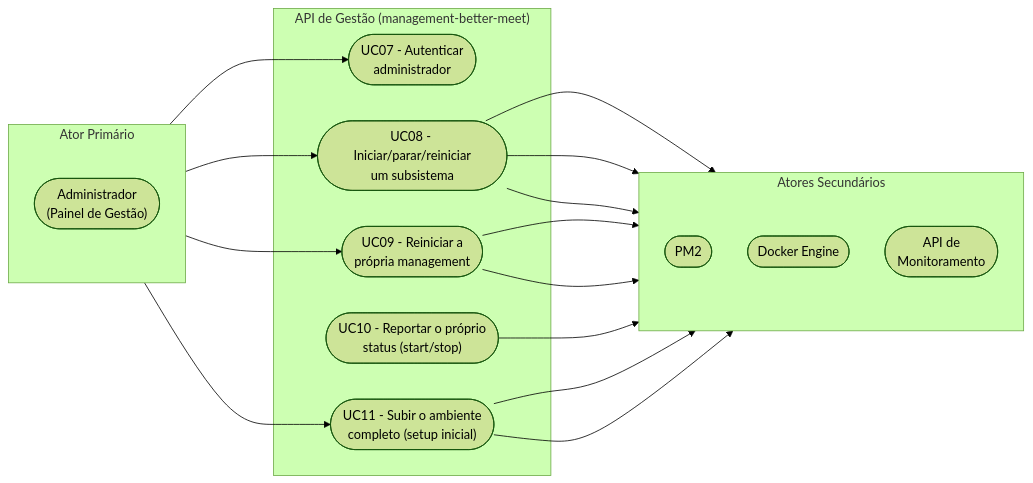
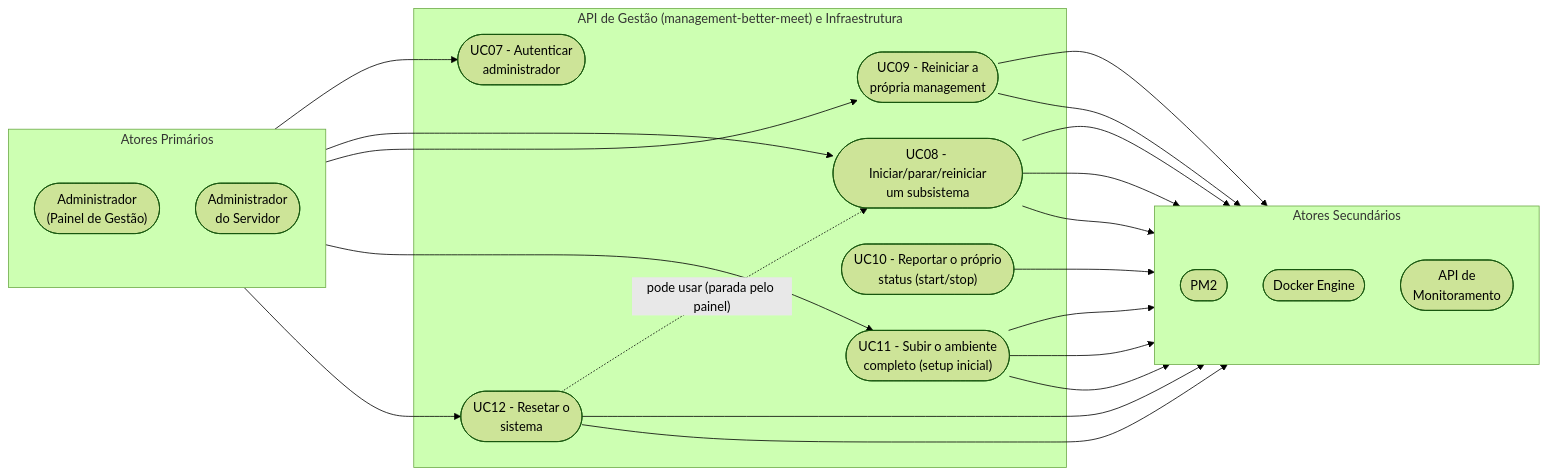
Before and after one commit to MiguelIFSP/BRTPDS2-PROJETO-E-DESENVOLVIMENTO-DE-SISTEMAS-2: the eighth of 19 diagrams in documentos/entrega2_Di1/requisitos_e_casos_de_uso.md, drawn with Mermaid (forest theme). The commit also changed other lines of this file and 1 other file, not shown here.

First line of the commit message:
docs: alinha documentação de Informações do Sistema ao código e bancos

````diff
--- a/documentos/entrega2_Di1/requisitos_e_casos_de_uso.md
+++ b/documentos/entrega2_Di1/requisitos_e_casos_de_uso.md
@@ -311,37 +317,44 @@
 ```mermaid
 %%{init: {'flowchart': {'nodeSpacing': 45, 'rankSpacing': 110}}}%%
 flowchart LR
-    subgraph AtoresPrimarios["Ator Primário"]
+    subgraph AtoresPrimarios["Atores Primários"]
         direction TB
         A1(["Administrador<br/>(Painel de Gestão)"])
+        A0(["Administrador<br/>do Servidor"])
     end
 
-    subgraph SistemaGestao["API de Gestão (management-better-meet)"]
+    subgraph SistemaGestao["API de Gestão (management-better-meet) e Infraestrutura"]
         UC07(["UC07 - Autenticar<br/>administrador"])
         UC08(["UC08 - Iniciar/parar/reiniciar<br/>um subsistema"])
         UC09(["UC09 - Reiniciar a<br/>própria management"])
         UC10(["UC10 - Reportar o próprio<br/>status (start/stop)"])
         UC11(["UC11 - Subir o ambiente<br/>completo (setup inicial)"])
+        UC12(["UC12 - Resetar o<br/>sistema"])
     end
 
     subgraph AtoresSecundarios["Atores Secundários"]
         direction TB
         A2(["PM2"])
         A3(["Docker Engine"])
         A4(["API de<br/>Monitoramento"])
     end
 
     A1 --> UC07
     A1 --> UC08
     A1 --> UC09
-    A1 --> UC11
+    A0 --> UC11
+    A0 --> UC12
+    UC12 -. "pode usar (parada pelo painel)" .-> UC08
 
     UC08 --> A2
     UC08 --> A3
     UC08 --> A4
     UC09 --> A2
     UC09 --> A4
     UC10 --> A4
     UC11 --> A2
     UC11 --> A3
+    UC11 --> A4
+    UC12 --> A2
+    UC12 --> A3
 ```
````
